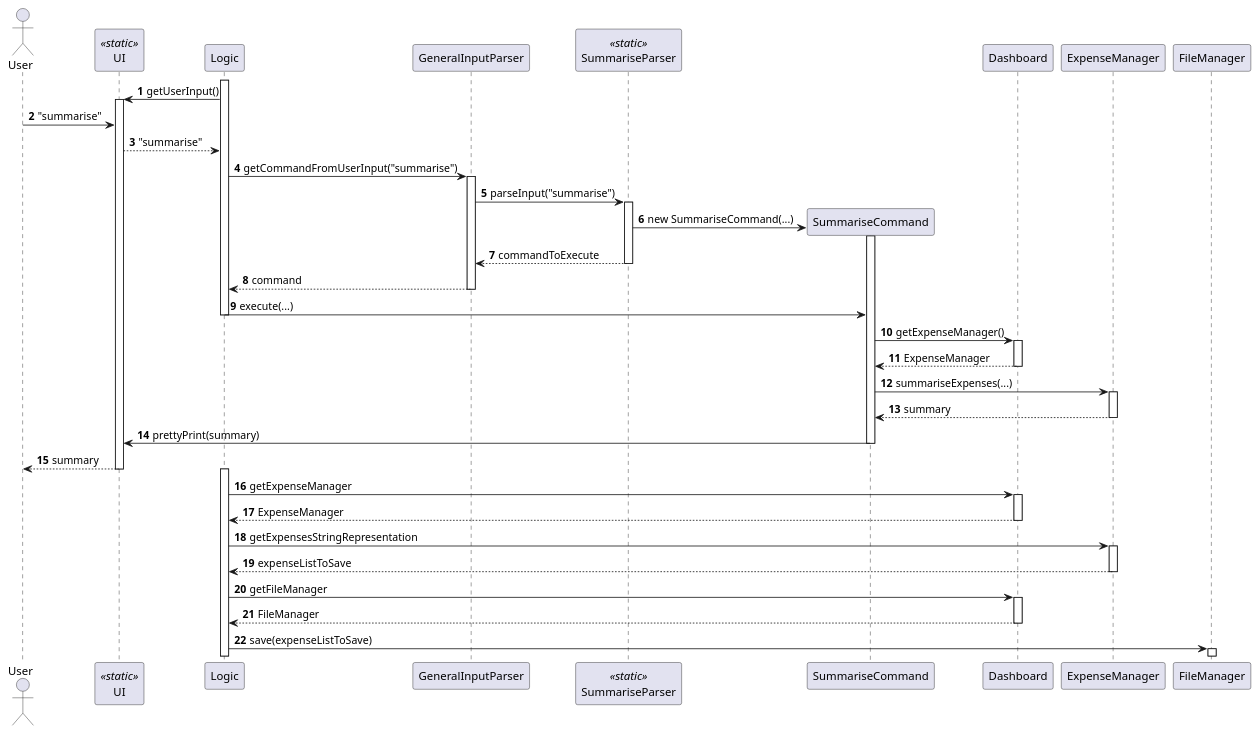
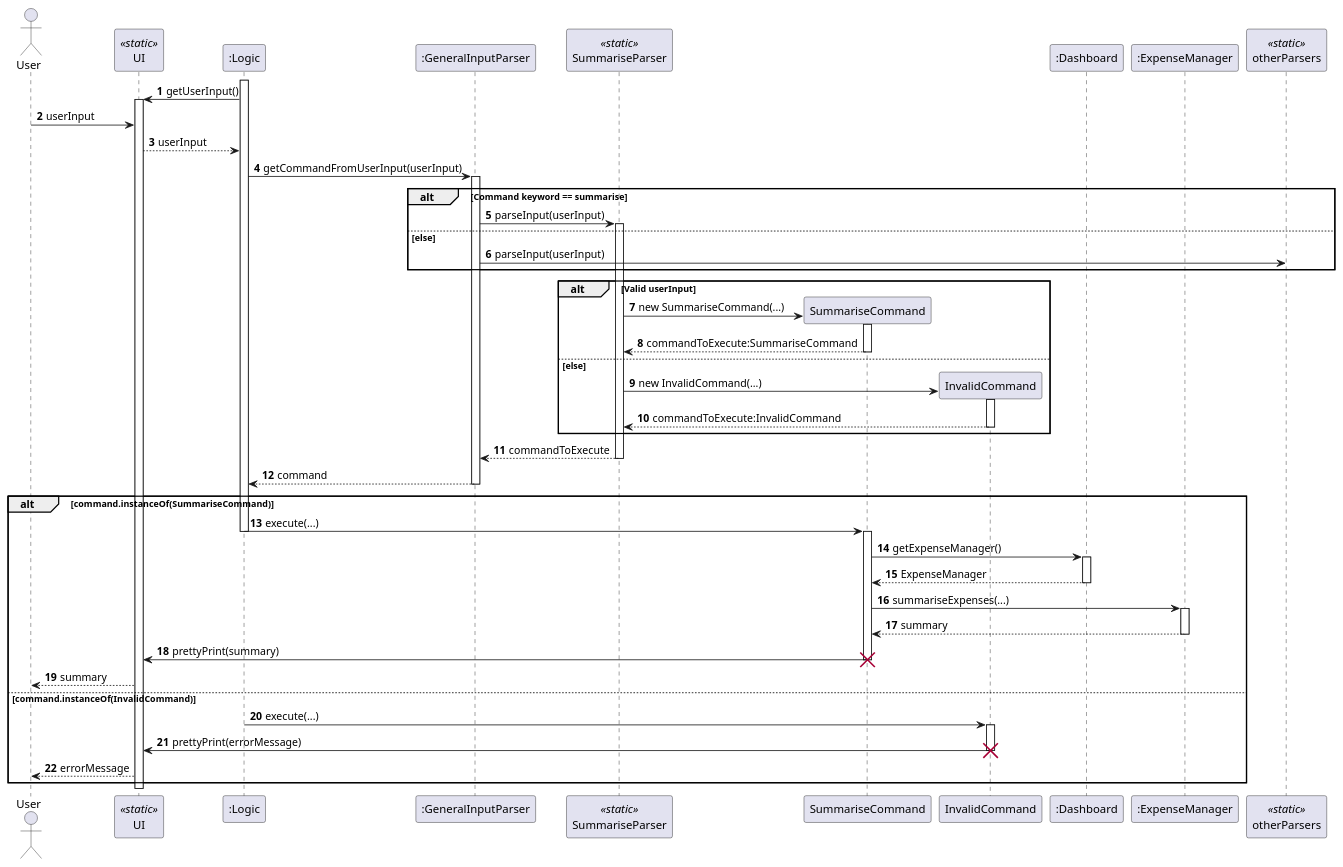
One commit to nus-cs2113-AY2324S2/tp changed the diagram in docs/team/UML_Files/Summarise.puml. Above: the diagram before and after it, drawn with PlantUML.

Commit message:
Tweak Summarise.puml

```diff
--- a/docs/team/UML_Files/Summarise.puml
+++ b/docs/team/UML_Files/Summarise.puml
@@ -1,42 +1,62 @@
 @startuml
 'https://plantuml.com/sequence-diagram
 
 autonumber
 actor User
 participant UI << static >>
+participant ":Logic" as Logic
 activate Logic
-participant GeneralInputParser
+participant ":GeneralInputParser" as GeneralInputParser
 participant SummariseParser << static >>
-participant Dashboard order 30
-participant ExpenseManager order 31
-participant FileManager order 32
+
+participant InvalidCommand order 29
+participant ":Dashboard" as Dashboard order 30
+participant ":ExpenseManager" as ExpenseManager order 31
+participant otherParsers <<static>> order 32
 Logic -> UI ++ : getUserInput()
 
-User -> UI : "summarise"
-UI --> Logic : "summarise"
+User -> UI : userInput
+UI --> Logic : userInput
 
-Logic -> GeneralInputParser ++ : getCommandFromUserInput("summarise")
-GeneralInputParser -> SummariseParser ++ : parseInput("summarise")
-SummariseParser -> SummariseCommand ** : new SummariseCommand(...)
-activate SummariseCommand
+Logic -> GeneralInputParser ++ : getCommandFromUserInput(userInput)
+alt Command keyword == summarise
+    GeneralInputParser -> SummariseParser ++ : parseInput(userInput)
+else else
+    GeneralInputParser -> otherParsers : parseInput(userInput)
+end
+
+alt Valid userInput
+    SummariseParser -> SummariseCommand ** : new SummariseCommand(...)
+    activate SummariseCommand
+    SummariseCommand --> SummariseParser --: commandToExecute:SummariseCommand
+else else
+    SummariseParser -> InvalidCommand ** : new InvalidCommand(...)
+    activate InvalidCommand
+    InvalidCommand --> SummariseParser -- : commandToExecute:InvalidCommand
+end
 
 SummariseParser --> GeneralInputParser -- : commandToExecute
 GeneralInputParser --> Logic -- : command
-Logic -> SummariseCommand -- : execute(...)
-SummariseCommand -> Dashboard ++ : getExpenseManager()
-Dashboard --> SummariseCommand -- : ExpenseManager
-SummariseCommand -> ExpenseManager ++ : summariseExpenses(...)
-ExpenseManager --> SummariseCommand -- : summary
-SummariseCommand -> UI -- : prettyPrint(summary)
-UI --> User -- : summary
 
-activate Logic
-Logic -> Dashboard ++ : getExpenseManager
-Dashboard --> Logic -- : ExpenseManager
-Logic -> ExpenseManager ++ : getExpensesStringRepresentation
-ExpenseManager --> Logic -- : expenseListToSave
-Logic -> Dashboard ++ : getFileManager
-Dashboard --> Logic -- : FileManager
-Logic -> FileManager ++ : save(expenseListToSave)
+alt command.instanceOf(SummariseCommand)
+    Logic -> SummariseCommand -- : execute(...)
+    activate SummariseCommand
+    SummariseCommand -> Dashboard ++ : getExpenseManager()
+    Dashboard --> SummariseCommand -- : ExpenseManager
+    SummariseCommand -> ExpenseManager ++ : summariseExpenses(...)
+    ExpenseManager --> SummariseCommand -- : summary
+    SummariseCommand -> UI -- : prettyPrint(summary)
+    destroy SummariseCommand
+    UI --> User : summary
+else command.instanceOf(InvalidCommand)
+    Logic -> InvalidCommand -- : execute(...)
+    activate InvalidCommand
+    InvalidCommand -> UI -- : prettyPrint(errorMessage)
+    destroy InvalidCommand
+    UI --> User : errorMessage
+end
+deactivate UI
+
+
 
 @enduml
```
